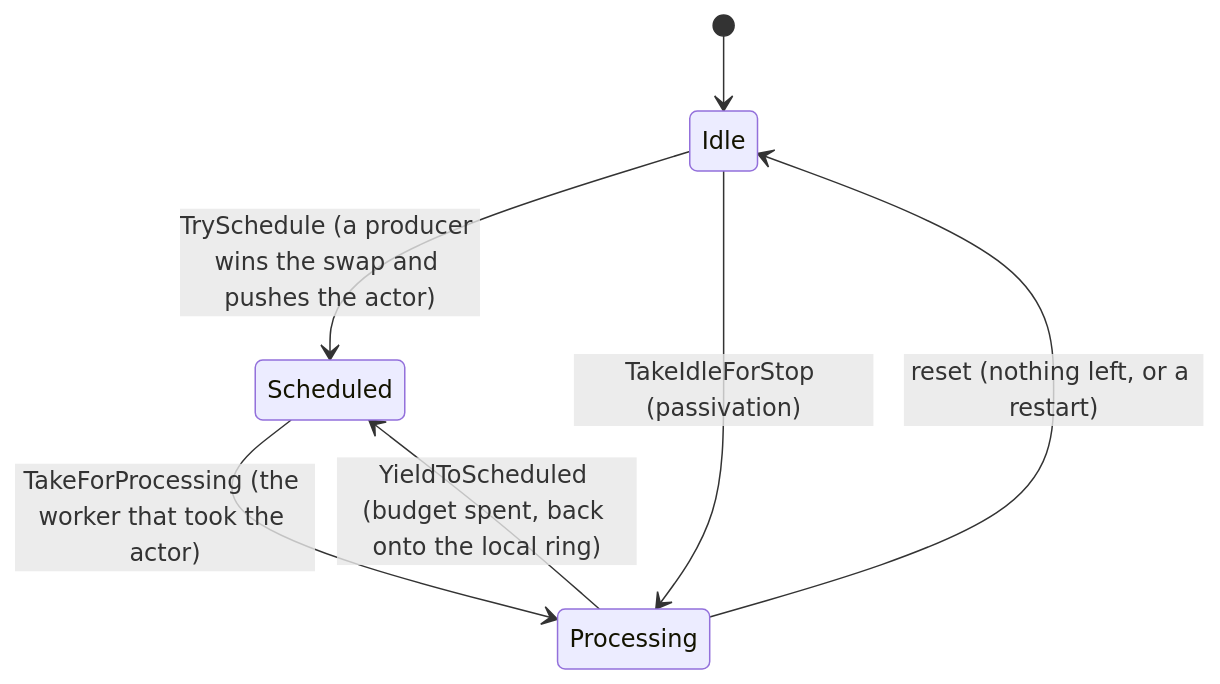
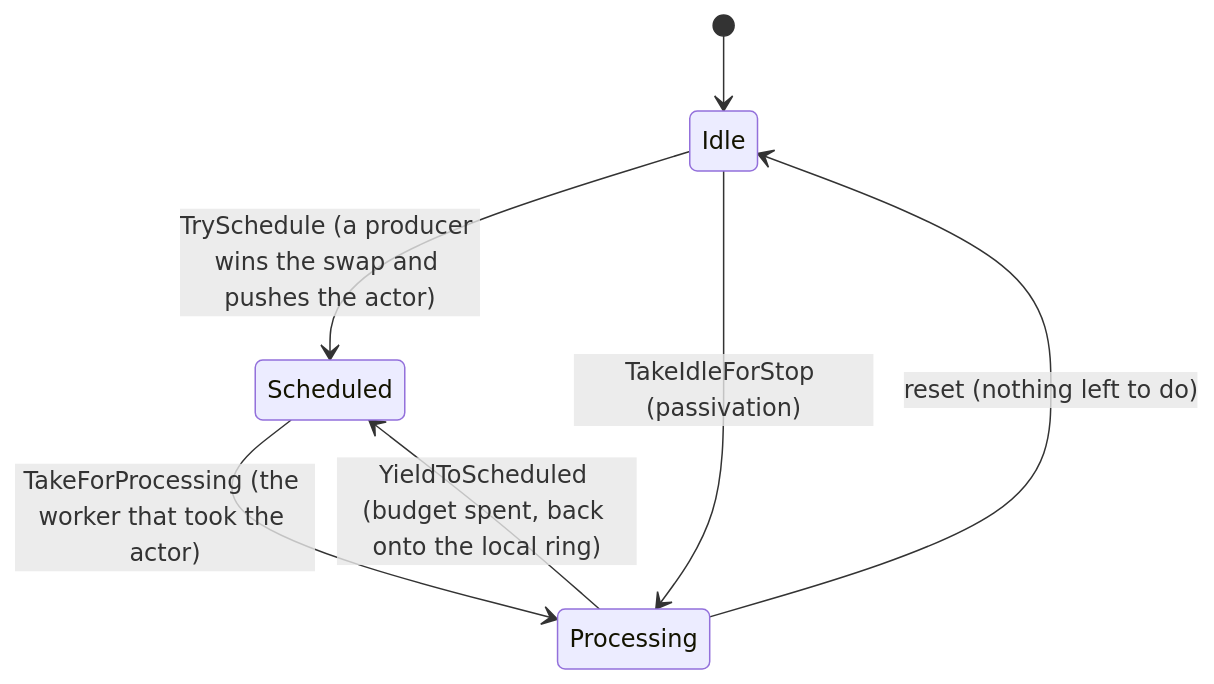
The second of 5 diagrams in book/chapters/chap-07.md (Tochemey/goakt), drawn with Mermaid before and after one commit. The commit also changed other lines of this file and 27 other files, not shown here.

````diff
--- a/book/chapters/chap-07.md
+++ b/book/chapters/chap-07.md
@@ -93,9 +110,9 @@
 ```mermaid
 stateDiagram-v2
     [*] --> Idle
     Idle --> Scheduled: TrySchedule (a producer wins the swap and pushes the actor)
     Scheduled --> Processing: TakeForProcessing (the worker that took the actor)
     Processing --> Scheduled: YieldToScheduled (budget spent, back onto the local ring)
-    Processing --> Idle: reset (nothing left, or a restart)
+    Processing --> Idle: reset (nothing left to do)
     Idle --> Processing: TakeIdleForStop (passivation)
 ```
````
